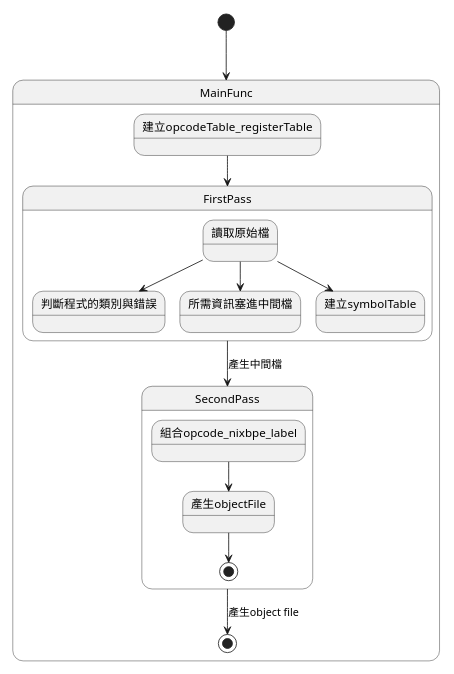
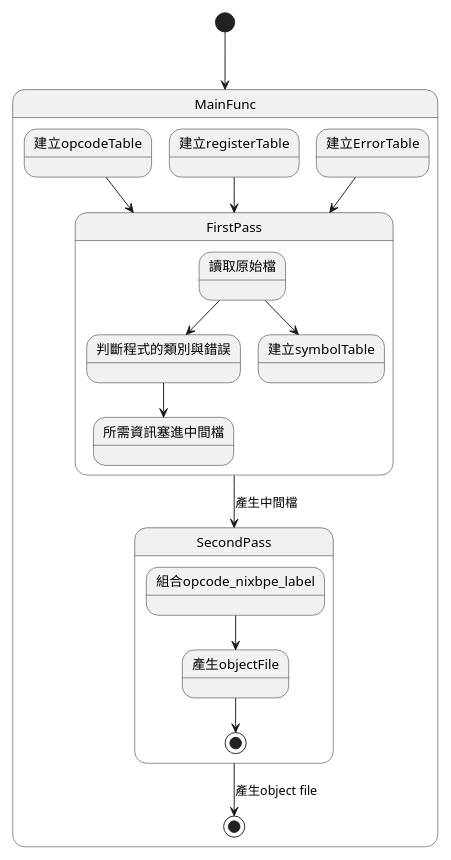
The diagram in version3/flowchart/overview.puml (brooklin123/System_Software), drawn with PlantUML before and after one commit. The commit also changed 24 other files, not shown here.

```diff
--- a/version3/flowchart/overview.puml
+++ b/version3/flowchart/overview.puml
@@ -1,25 +1,27 @@
 @startuml
 scale 350 width
 [*] --> MainFunc
 
 state MainFunc{
-  建立opcodeTable_registerTable -->FirstPass
+  建立opcodeTable -->FirstPass
+  建立registerTable -->FirstPass
+  建立ErrorTable -->FirstPass
   FirstPass --> SecondPass : 產生中間檔
   SecondPass --> [*] : 產生object file
   state FirstPass {
     
     讀取原始檔 --> 判斷程式的類別與錯誤
-    讀取原始檔 --> 所需資訊塞進中間檔
+    判斷程式的類別與錯誤 --> 所需資訊塞進中間檔
     讀取原始檔 --> 建立symbolTable
     }
     state SecondPass{
         組合opcode_nixbpe_label --> 產生objectFile
         產生objectFile --> [*]
     }
 
 }
 
 
 
 
 @enduml
```
